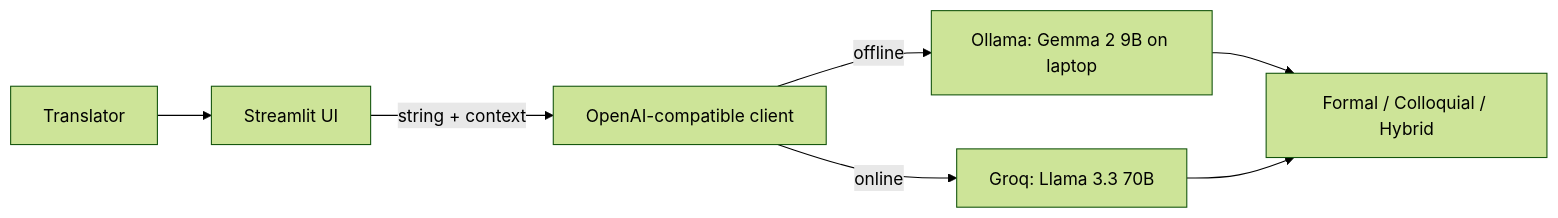
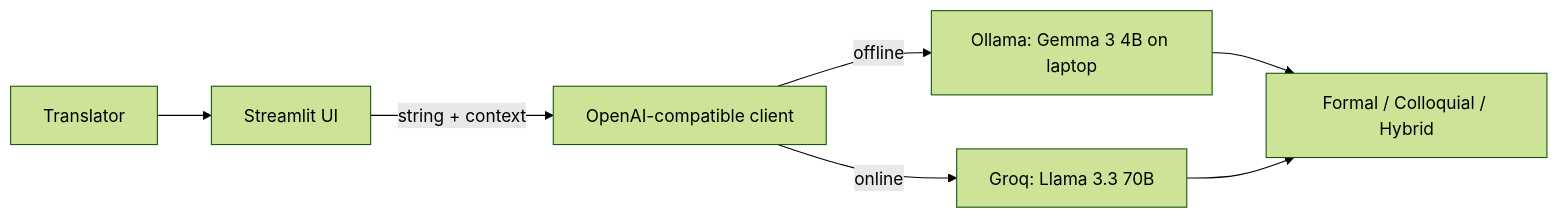
Before and after one commit to arjankc/Localized-String-Assistant: the diagram in SUBMISSION.md, drawn with Mermaid (forest theme). The commit also changed other lines of this file and 3 other files, not shown here.

First line of the commit message:
Default Ollama to gemma3:4b for CPU-only laptops

````diff
--- a/SUBMISSION.md
+++ b/SUBMISSION.md
@@ -46,9 +46,9 @@
 ```mermaid
 flowchart LR
     user[Translator] --> ui[Streamlit UI]
     ui -->|string + context| client[OpenAI-compatible client]
-    client -->|offline| ollama["Ollama: Gemma 2 9B on laptop"]
+    client -->|offline| ollama["Ollama: Gemma 3 4B on laptop"]
     client -->|online| groq["Groq: Llama 3.3 70B"]
     ollama --> out[Formal / Colloquial / Hybrid]
     groq --> out
 ```
````
